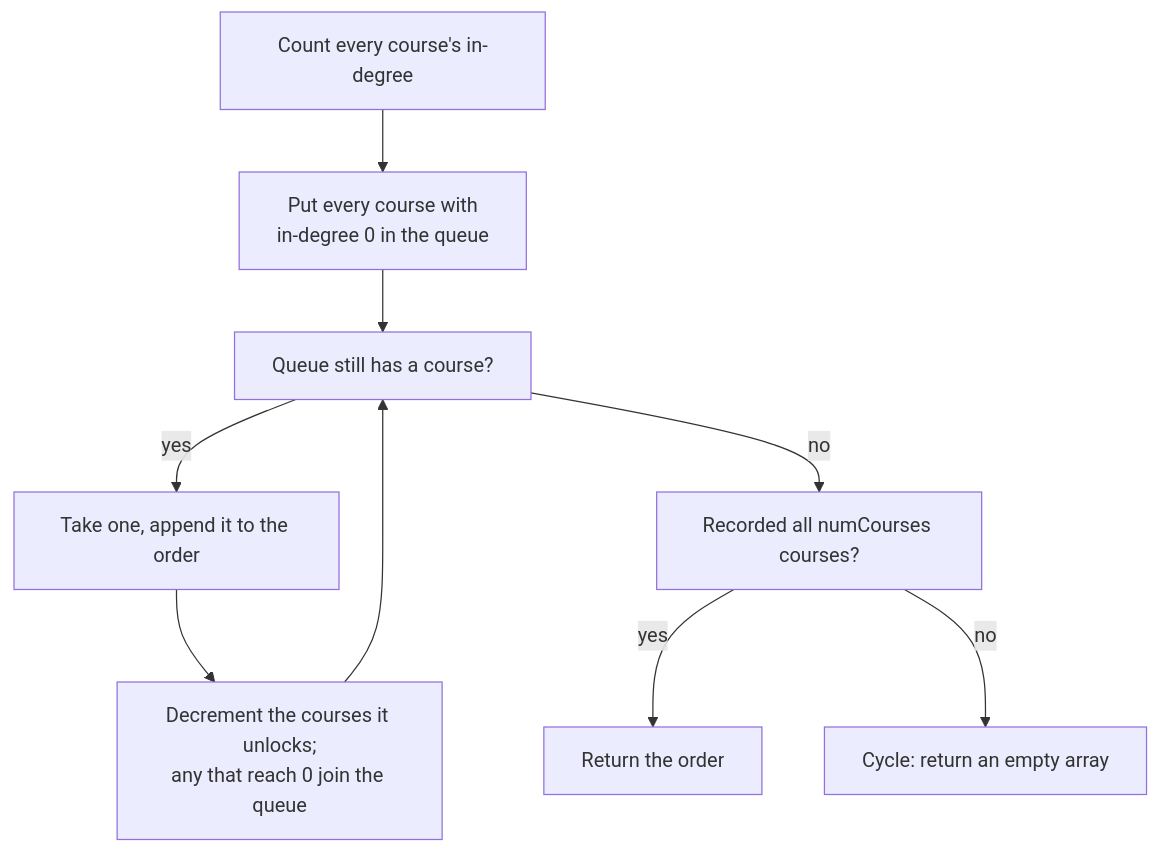
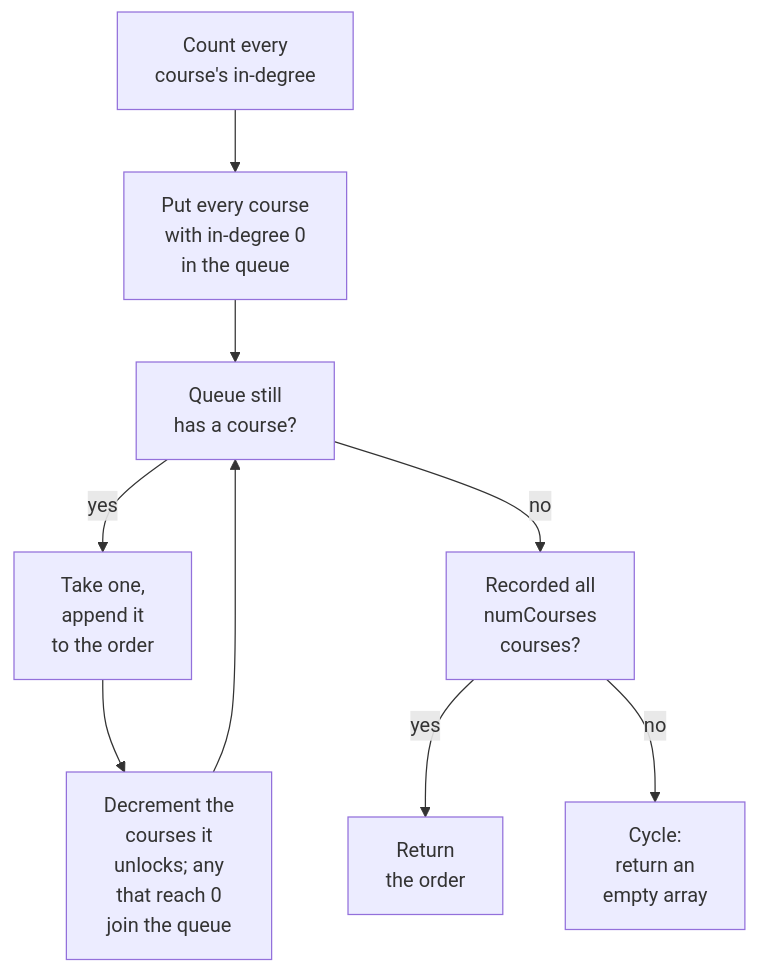
One commit to duongbui234/software-engineering-atlas changed the third of 4 diagrams in content/en/problems/course-schedule-ii.md. Above: the diagram before and after it, drawn with Mermaid. The commit also changed other lines of this file and 134 other files, not shown here.

First line of the commit message:
Fit every Mermaid diagram at 390px without sideways scroll (#56)

````diff
--- a/content/en/problems/course-schedule-ii.md
+++ b/content/en/problems/course-schedule-ii.md
@@ -172,11 +172,11 @@
 ```mermaid
 flowchart TB
-  A["Count every course's in-degree"] --> B["Put every course with<br/>in-degree 0 in the queue"]
-  B --> C["Queue still has a course?"]
-  C -- "yes" --> D["Take one, append it to the order"]
-  D --> E["Decrement the courses it unlocks;<br/>any that reach 0 join the queue"]
+  A["Count every<br/>course's in-degree"] --> B["Put every course<br/>with in-degree 0<br/>in the queue"]
+  B --> C["Queue still<br/>has a course?"]
+  C -- "yes" --> D["Take one,<br/>append it<br/>to the order"]
+  D --> E["Decrement the<br/>courses it<br/>unlocks; any<br/>that reach 0<br/>join the queue"]
   E --> C
-  C -- "no" --> F["Recorded all numCourses courses?"]
-  F -- "yes" --> G["Return the order"]
-  F -- "no" --> H["Cycle: return an empty array"]
+  C -- "no" --> F["Recorded all<br/>numCourses<br/>courses?"]
+  F -- "yes" --> G["Return<br/>the order"]
+  F -- "no" --> H["Cycle:<br/>return an<br/>empty array"]
 ```
````
